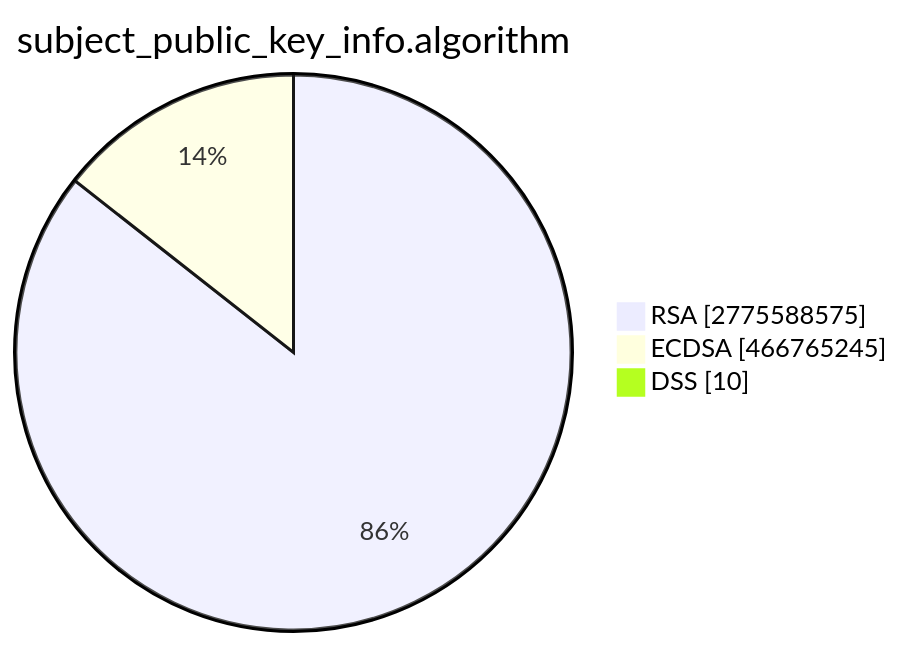
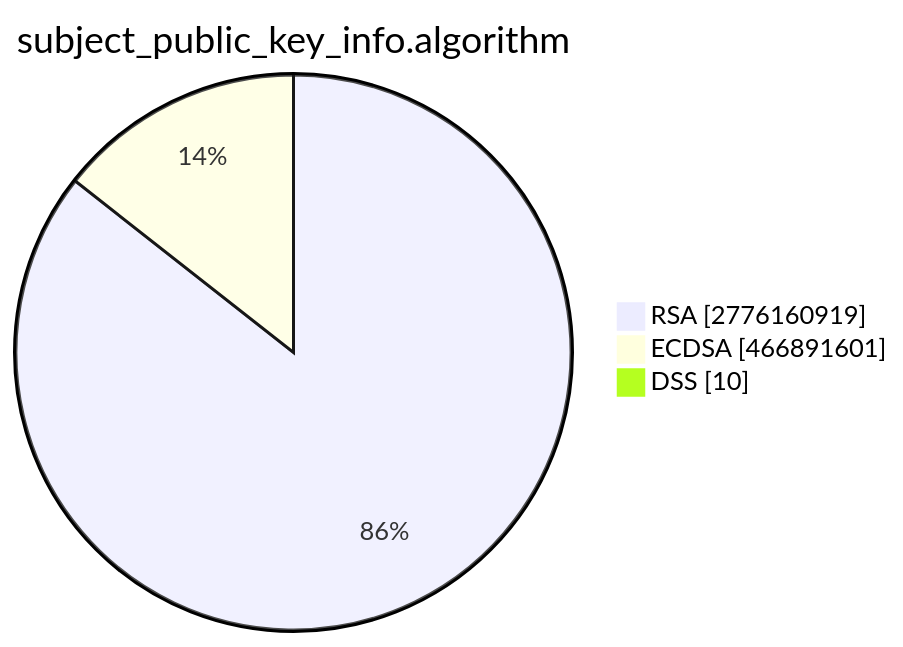
One commit to christiankrug/ctmonitor_visualization changed the second of 15 diagrams in TOTAL/README.md. Above: the diagram before and after it, drawn with Mermaid. The commit also changed other lines of this file, not shown here.

````diff
--- a/TOTAL/README.md
+++ b/TOTAL/README.md
@@ -6,7 +6,7 @@
 ```mermaid
 pie showData
 title subject_public_key_info.algorithm
-"RSA" :2775588575
-"ECDSA" :466765245
+"RSA" :2776160919
+"ECDSA" :466891601
 "DSS" :10
 ```
````
